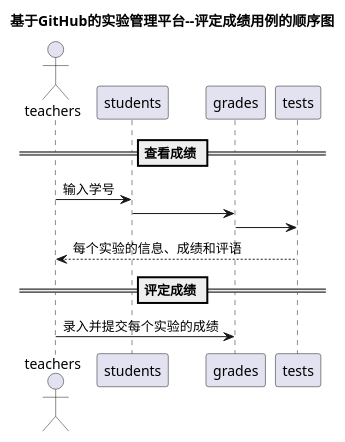
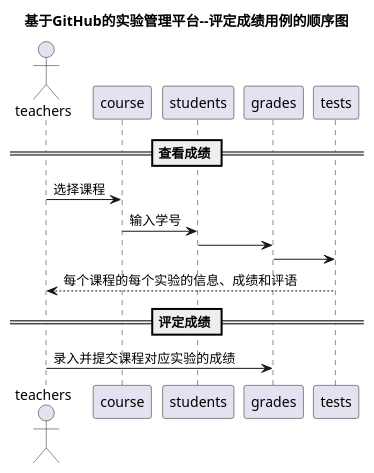
One commit to z915287285/is_analysis changed the diagram in test6/src/sequenceEvaluate_grades.puml. Above: the diagram before and after it, drawn with PlantUML. The commit also changed 4 other files, not shown here.

```diff
--- a/test6/src/sequenceEvaluate_grades.puml
+++ b/test6/src/sequenceEvaluate_grades.puml
@@ -1,11 +1,12 @@
 @startuml
 title 基于GitHub的实验管理平台--评定成绩用例的顺序图
 actor teachers
 == 查看成绩 ==
-teachers -> students : 输入学号
+teachers -> course :选择课程
+course -> students : 输入学号
 students -> grades
 grades -> tests
-tests --> teachers:每个实验的信息、成绩和评语
+tests --> teachers:每个课程的每个实验的信息、成绩和评语
 == 评定成绩 ==
-teachers -> grades : 录入并提交每个实验的成绩
+teachers -> grades : 录入并提交课程对应实验的成绩
 @enduml
```
